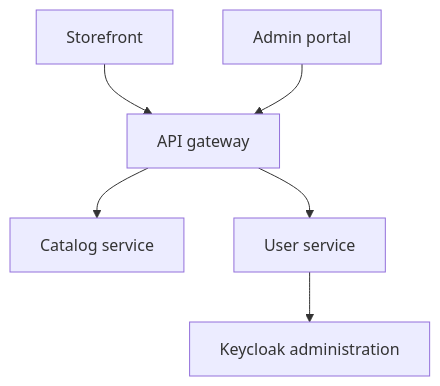
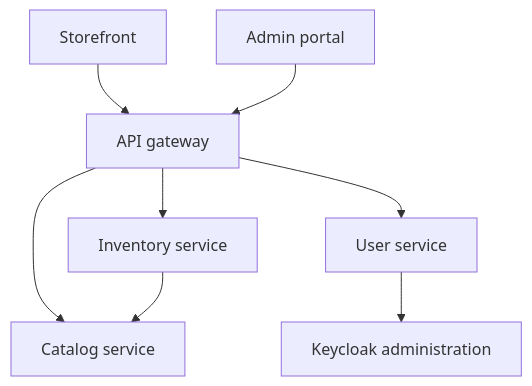
Before and after one commit to UmarHussain/ecommerce-backend: the diagram in docs/architecture.md, drawn with Mermaid. The commit also changed other lines of this file and 80 other files, not shown here.

````diff
--- a/docs/architecture.md
+++ b/docs/architecture.md
@@ -5,8 +5,10 @@
 ```mermaid
 flowchart TD
   Shop[Storefront] --> Gateway[API gateway]
   Admin[Admin portal] --> Gateway
   Gateway --> Catalog[Catalog service]
   Gateway --> Users[User service]
+  Gateway --> Inventory[Inventory service]
+  Inventory --> Catalog
   Users --> Keycloak[Keycloak administration]
 ```
````
